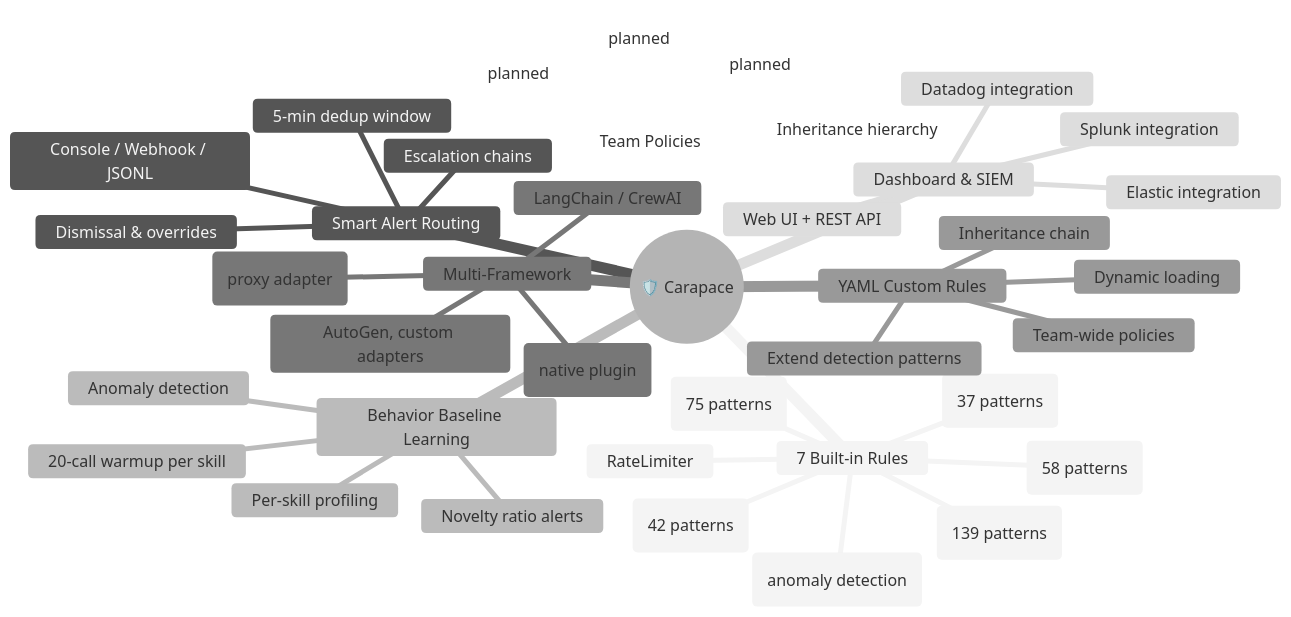
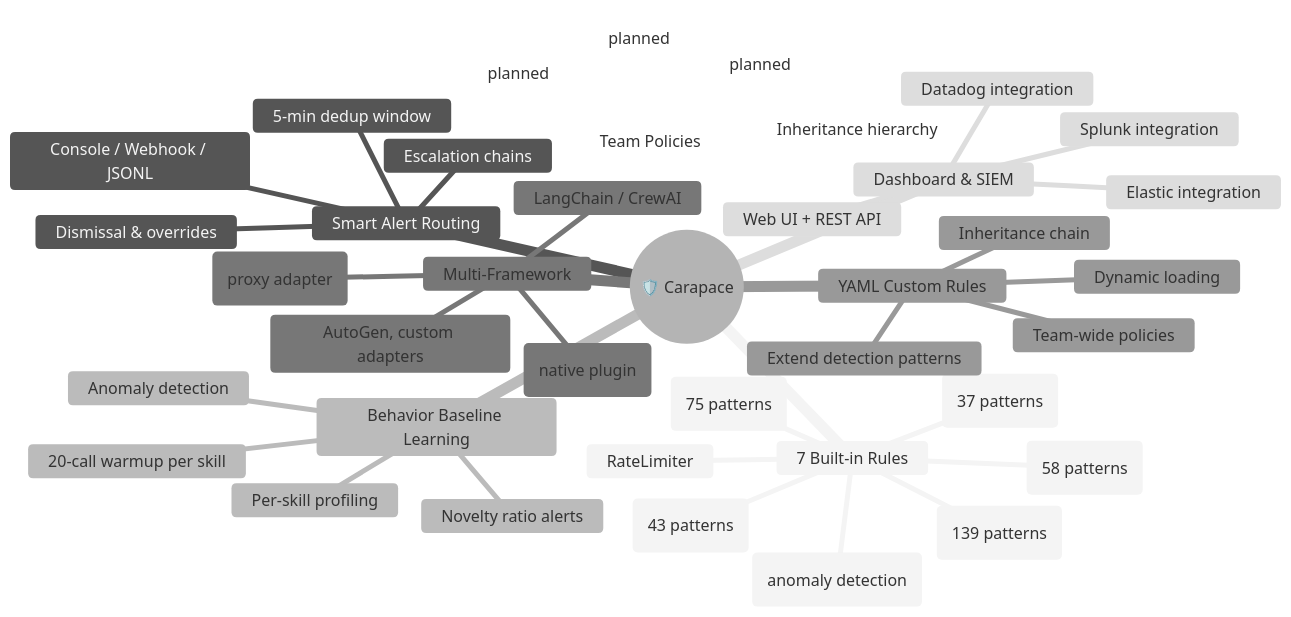
The first of 4 diagrams in README.md (yeasy/carapace), drawn with Mermaid (neutral theme) before and after one commit. The commit also changed other lines of this file and 4 other files, not shown here.

````diff
--- a/README.md
+++ b/README.md
@@ -70,42 +70,42 @@
 ```mermaid
 mindmap
   root((🛡️ Carapace))
     7 Built-in Rules
       ExecGuard (139 patterns)
       PathGuard (75 patterns)
-      NetworkGuard (42 patterns)
+      NetworkGuard (43 patterns)
       RateLimiter
       PromptInjection (37 patterns)
       DataExfil (58 patterns)
       BaselineDrift (anomaly detection)
     Smart Alert Routing
       5-min dedup window
       Escalation chains
       Dismissal & overrides
       Console / Webhook / JSONL
     Behavior Baseline Learning
       20-call warmup per skill
       Per-skill profiling
       Anomaly detection
       Novelty ratio alerts
     Multi-Framework
       OpenClaw (native plugin)
       MCP (proxy adapter)
       LangChain / CrewAI
       AutoGen, custom adapters
     YAML Custom Rules
       Extend detection patterns
       Team-wide policies
       Inheritance chain
       Dynamic loading
     Dashboard & SIEM
       Web UI + REST API
       Splunk integration
       Elastic integration
       Datadog integration
     Team Policies
       Inheritance hierarchy
       Role-based access (planned)
       Policy versioning (planned)
       Audit logging (planned)
 ```
````
